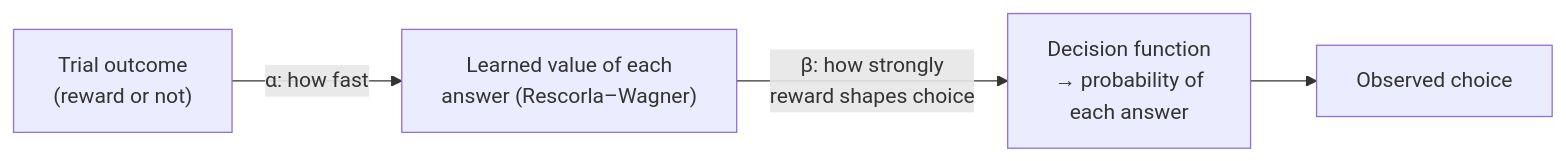
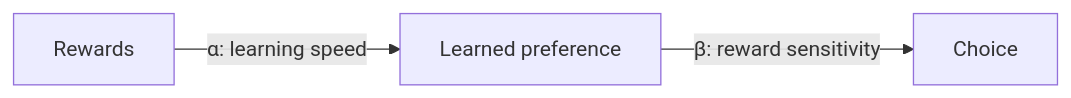
Before and after one commit to rSith/Obsidian-CS-Vault: the diagram in 07. Research/Computational Psychiatry/09. Probabilistic Reward Task - Anhedonia Case Study.md, drawn with Mermaid. The commit also changed other lines of this file and 16 other files, not shown here.

````diff
--- a/07. Research/Computational Psychiatry/09. Probabilistic Reward Task - Anhedonia Case Study.md
+++ b/07. Research/Computational Psychiatry/09. Probabilistic Reward Task - Anhedonia Case Study.md
@@ -79,6 +36,4 @@
 ```mermaid
 flowchart LR
-    T["Trial outcome<br/>(reward or not)"] -->|"α: how fast"| V["Learned value of each<br/>answer (Rescorla–Wagner)"]
-    V -->|"β: how strongly<br/>reward shapes choice"| D["Decision function<br/>→ probability of<br/>each answer"]
-    D --> CH["Observed choice"]
+    A["Rewards"] -->|"α: learning speed"| B["Learned preference"] -->|"β: reward sensitivity"| C["Choice"]
 ```
````
